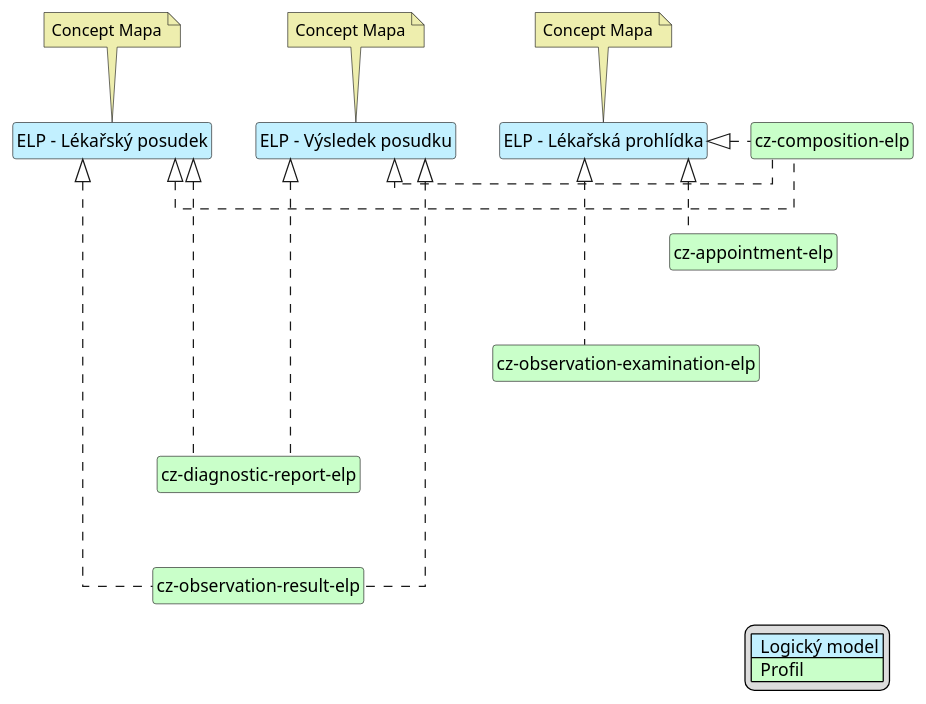
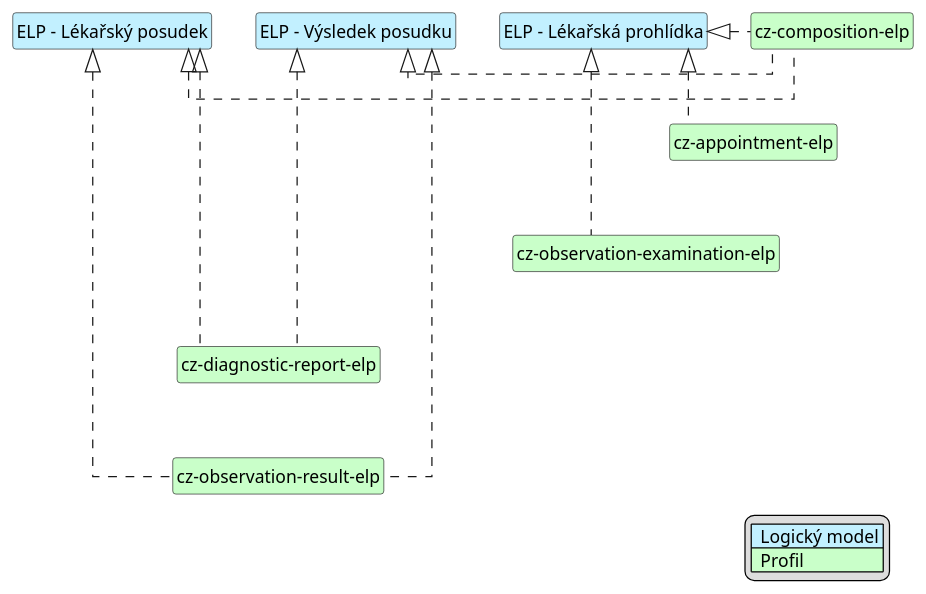
One commit to HL7-cz/elp changed the diagram in input/images-source/elpBody-map-cs.plantuml. Above: the diagram before and after it, drawn with PlantUML. The commit also changed 18 other files, not shown here.

```diff
--- a/input/images-source/elpBody-map-cs.plantuml
+++ b/input/images-source/elpBody-map-cs.plantuml
@@ -1,54 +1,45 @@
 @startuml
 hide circle
 hide stereotype
 hide members
 hide methods
 skinparam linetype ortho
 skinparam class {
 BackgroundColor<<LogicalModel>> #APPLICATION
 BackgroundColor<<Profile>> #TECHNOLOGY
 }
 legend right
 | <#APPLICATION>  Logický model |
 | <#TECHNOLOGY>  Profil |
 endlegend
 
 class "ELP - Lékařská prohlídka" <<LogicalModel>> [[StructureDefinition-LogMedicalExaminationCz.html]]
-note top #EEEEAE [[ConceptMap-MedicalExamination2FHIR-cz.html]]
-Concept Mapa
-endnote
 
 class "ELP - Výsledek posudku" <<LogicalModel>> [[StructureDefinition-LogResultCz.html]]
-note top #EEEEAE [[ConceptMap-Result2FHIR-cz.html]]
-Concept Mapa
-endnote
 
 class "ELP - Lékařský posudek" <<LogicalModel>> [[StructureDefinition-LogMedicalReportCz.html]]
-note top #EEEEAE [[ConceptMap-MedicalReport2FHIR-cz.html]]
-Concept Mapa
-endnote
 
 class "cz-composition-elp" <<Profile>> [[StructureDefinition-cz-composition-elp.html]]
 class "cz-appointment-elp" <<Profile>> [[StructureDefinition-cz-appointment-elp.html]]
 class "cz-observation-examination-elp" <<Profile>> [[StructureDefinition-cz-observation-examination-elp.html]]
 class "cz-diagnostic-report-elp" <<Profile>> [[StructureDefinition-cz-diagnostic-report-elp.html]]
 class "cz-observation-result-elp" <<Profile>> [[StructureDefinition-cz-observation-result-elp.html]]
 
 "ELP - Lékařská prohlídka" <|. "cz-composition-elp"
 "ELP - Lékařská prohlídka" <|. "cz-appointment-elp"
 "ELP - Lékařská prohlídka" <|. "cz-observation-examination-elp"
 
 "ELP - Lékařský posudek" <|. "cz-composition-elp"
 "ELP - Lékařský posudek" <|. "cz-diagnostic-report-elp"
 "ELP - Lékařský posudek" <|. "cz-observation-result-elp"
 
 "ELP - Výsledek posudku" <|. "cz-composition-elp"
 "ELP - Výsledek posudku" <|. "cz-diagnostic-report-elp"
 "ELP - Výsledek posudku" <|. "cz-observation-result-elp"
 
 "cz-composition-elp" -d[hidden]-> "cz-appointment-elp"
 "cz-appointment-elp" -d[hidden]-> "cz-observation-examination-elp"
 "cz-observation-examination-elp" -d[hidden]-> "cz-diagnostic-report-elp"
 "cz-diagnostic-report-elp" -d[hidden]-> "cz-observation-result-elp"
 
 @enduml
```
